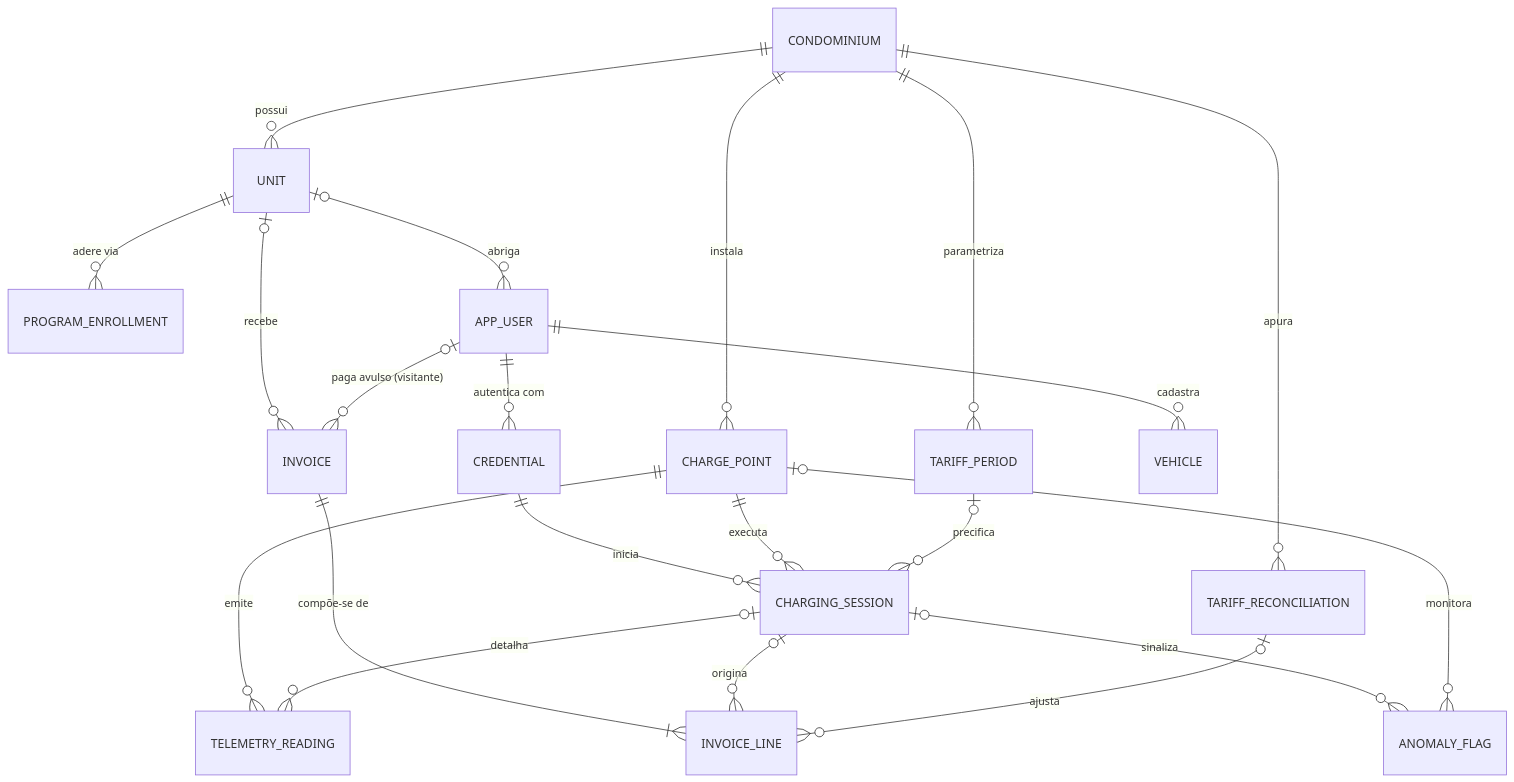
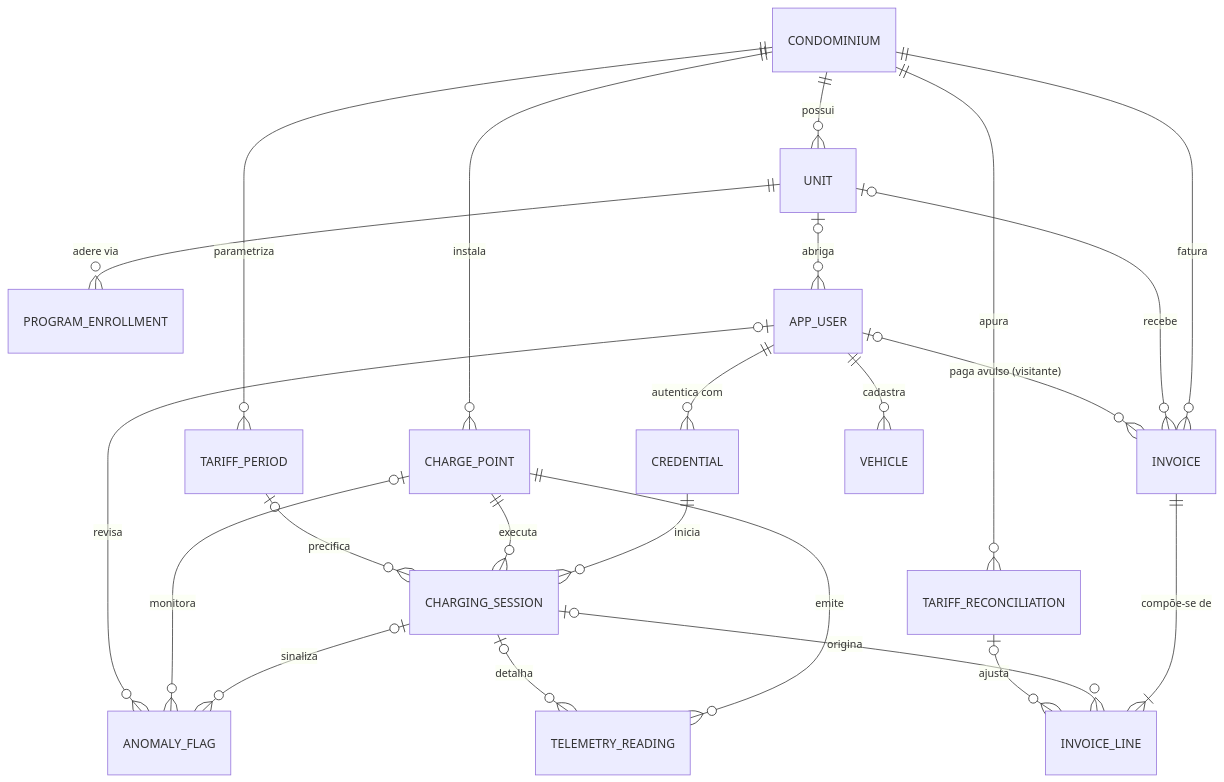
Before and after one commit to iurileao-hub/challenge-2026: the diagram in docs/frente-3-arquitetura.md, drawn with Mermaid. The commit also changed other lines of this file and 11 other files, not shown here.

First line of the commit message:
docs: fixes do review transversal final (evidências, ER, uso de IA)

````diff
--- a/docs/frente-3-arquitetura.md
+++ b/docs/frente-3-arquitetura.md
@@ -235,23 +235,25 @@
 ```mermaid
 erDiagram
     CONDOMINIUM ||--o{ UNIT : "possui"
     CONDOMINIUM ||--o{ CHARGE_POINT : "instala"
     CONDOMINIUM ||--o{ TARIFF_PERIOD : "parametriza"
     CONDOMINIUM ||--o{ TARIFF_RECONCILIATION : "apura"
+    CONDOMINIUM ||--o{ INVOICE : "fatura"
     UNIT ||--o{ PROGRAM_ENROLLMENT : "adere via"
     UNIT |o--o{ APP_USER : "abriga"
     UNIT |o--o{ INVOICE : "recebe"
     APP_USER ||--o{ CREDENTIAL : "autentica com"
     APP_USER ||--o{ VEHICLE : "cadastra"
     APP_USER |o--o{ INVOICE : "paga avulso (visitante)"
     CREDENTIAL ||--o{ CHARGING_SESSION : "inicia"
     CHARGE_POINT ||--o{ CHARGING_SESSION : "executa"
     CHARGE_POINT ||--o{ TELEMETRY_READING : "emite"
     CHARGING_SESSION |o--o{ TELEMETRY_READING : "detalha"
     TARIFF_PERIOD |o--o{ CHARGING_SESSION : "precifica"
     INVOICE ||--|{ INVOICE_LINE : "compõe-se de"
     CHARGING_SESSION |o--o{ INVOICE_LINE : "origina"
     TARIFF_RECONCILIATION |o--o{ INVOICE_LINE : "ajusta"
     CHARGING_SESSION |o--o{ ANOMALY_FLAG : "sinaliza"
     CHARGE_POINT |o--o{ ANOMALY_FLAG : "monitora"
+    APP_USER |o--o{ ANOMALY_FLAG : "revisa"
 ```
````
